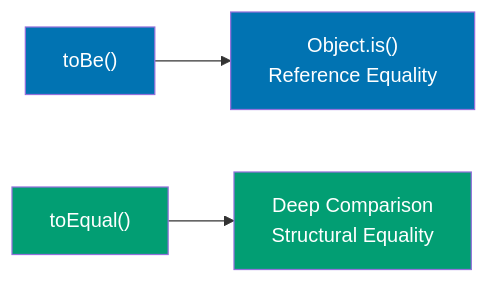
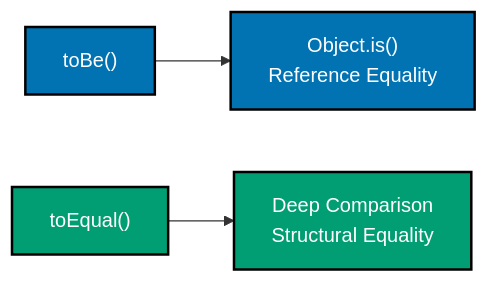
Before and after one commit to wahidyankf/open-sharia-enterprise: the third of 8 diagrams in apps/ayokoding-web/content/en/learn/software-engineering/automation-testing/tools/vitest/by-example/beginner.md, drawn with Mermaid. The commit also changed other lines of this file and 13 other files, not shown here.

````diff
--- a/apps/ayokoding-web/content/en/learn/software-engineering/automation-testing/tools/vitest/by-example/beginner.md
+++ b/apps/ayokoding-web/content/en/learn/software-engineering/automation-testing/tools/vitest/by-example/beginner.md
@@ -271,11 +271,11 @@
 ```mermaid
 %% Color Palette: Blue #0173B2, Orange #DE8F05, Teal #029E73, Purple #CC78BC, Brown #CA9161
 graph LR
     A["toBe#40;#41;"] --> B["Object.is#40;#41;<br/>Reference Equality"]
     C["toEqual#40;#41;"] --> D["Deep Comparison<br/>Structural Equality"]
 
-    style A fill:#0173B2,color:#fff
-    style B fill:#0173B2,color:#fff
-    style C fill:#029E73,color:#fff
-    style D fill:#029E73,color:#fff
+    style A fill:#0173B2,stroke:#000000,stroke-width:2px,color:#fff
+    style B fill:#0173B2,stroke:#000000,stroke-width:2px,color:#fff
+    style C fill:#029E73,stroke:#000000,stroke-width:2px,color:#fff
+    style D fill:#029E73,stroke:#000000,stroke-width:2px,color:#fff
 ```
````
